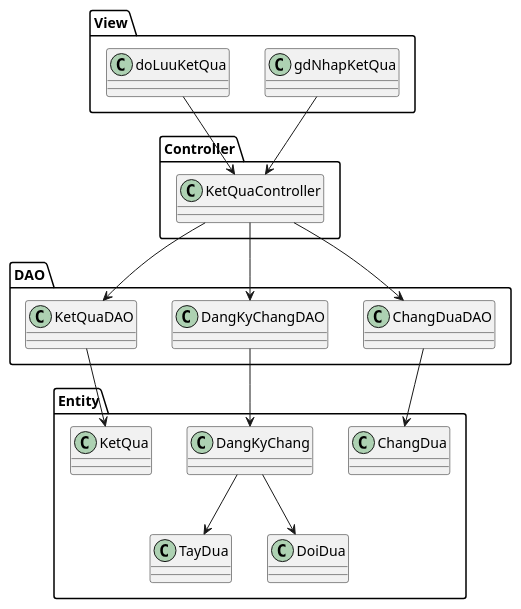
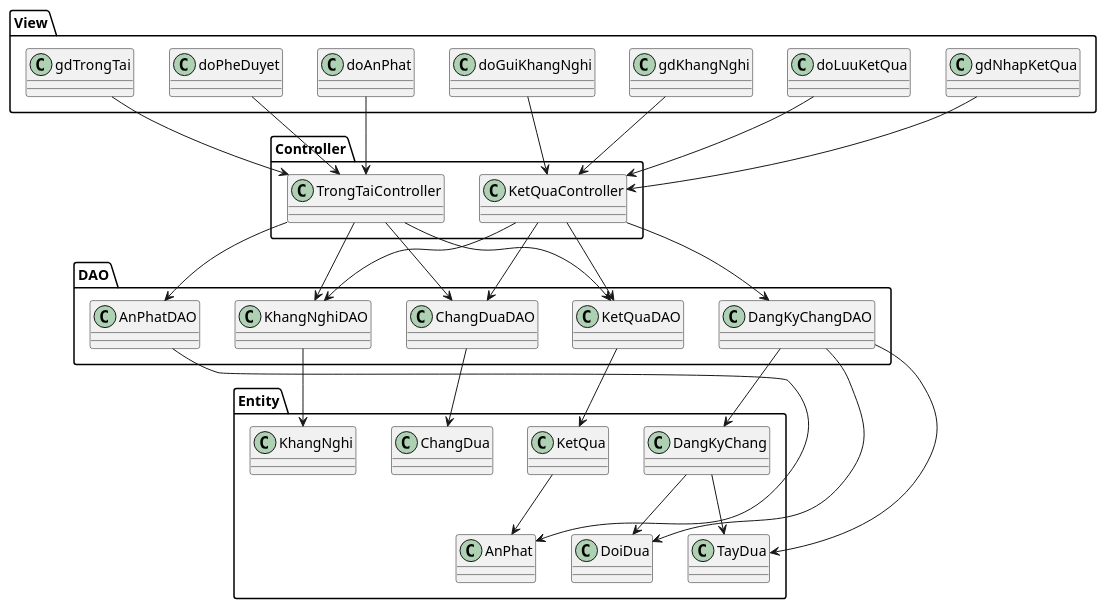
The fourth of 6 diagrams in Module 3 - Kiet/noi-dung.md (7gho/CNPM-He2026), drawn with PlantUML before and after one commit. The commit also changed other lines of this file and 2 other files, not shown here.

Commit message:
Fix class diagram and add use case diagram

````diff
--- a/Module 3 - Kiet/noi-dung.md
+++ b/Module 3 - Kiet/noi-dung.md
@@ -229,40 +400,66 @@
 ```plantuml
 @startuml
 package View {
   class gdNhapKetQua
   class doLuuKetQua
+  class gdKhangNghi
+  class doGuiKhangNghi
+  class gdTrongTai
+  class doAnPhat
+  class doPheDuyet
 }
 
 package Controller {
   class KetQuaController
+  class TrongTaiController
 }
 
 package DAO {
   class ChangDuaDAO
   class DangKyChangDAO
   class KetQuaDAO
+  class KhangNghiDAO
+  class AnPhatDAO
 }
 
 package Entity {
   class ChangDua
   class DangKyChang
   class TayDua
   class DoiDua
   class KetQua
+  class KhangNghi
+  class AnPhat
 }
 
 gdNhapKetQua --> KetQuaController
 doLuuKetQua --> KetQuaController
+gdKhangNghi --> KetQuaController
+doGuiKhangNghi --> KetQuaController
+gdTrongTai --> TrongTaiController
+doAnPhat --> TrongTaiController
+doPheDuyet --> TrongTaiController
 
 KetQuaController --> ChangDuaDAO
 KetQuaController --> DangKyChangDAO
 KetQuaController --> KetQuaDAO
+KetQuaController --> KhangNghiDAO
+
+TrongTaiController --> KhangNghiDAO
+TrongTaiController --> AnPhatDAO
+TrongTaiController --> KetQuaDAO
+TrongTaiController --> ChangDuaDAO
 
 ChangDuaDAO --> ChangDua
 DangKyChangDAO --> DangKyChang
+DangKyChangDAO --> TayDua
+DangKyChangDAO --> DoiDua
 KetQuaDAO --> KetQua
+KhangNghiDAO --> KhangNghi
+AnPhatDAO --> AnPhat
 
 DangKyChang --> TayDua
 DangKyChang --> DoiDua
+KetQua --> AnPhat
 @enduml
 ```
````
